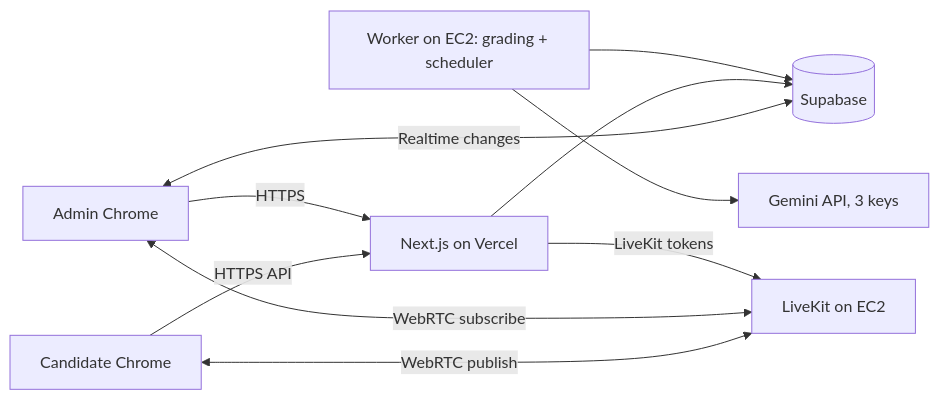
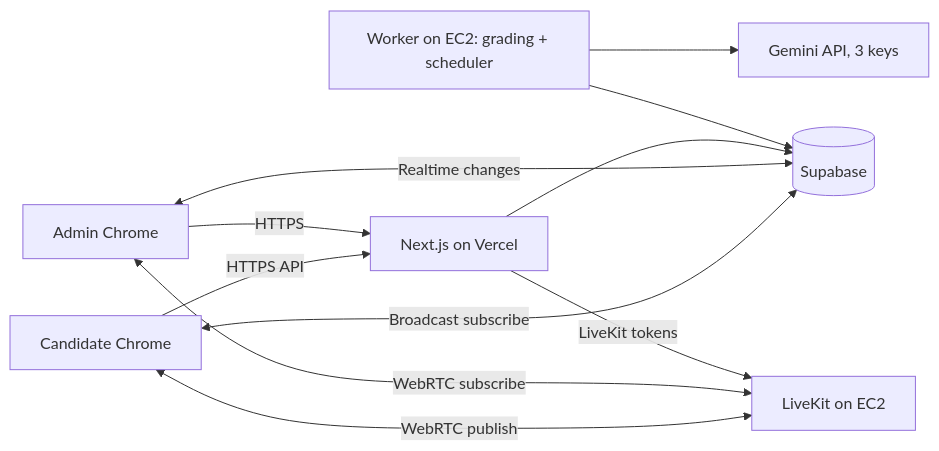
One commit to K-B-R-S-W/Cosmetics_Exam changed the diagram in exam-platform-plan.md. Above: the diagram before and after it, drawn with Mermaid. The commit also changed other lines of this file, not shown here.

````diff
--- a/exam-platform-plan.md
+++ b/exam-platform-plan.md
@@ -74,12 +102,13 @@
 ```mermaid
 flowchart LR
   C[Candidate Chrome] -->|HTTPS API| W[Next.js on Vercel]
+  C <-->|Broadcast subscribe| S[(Supabase)]
   A[Admin Chrome] -->|HTTPS| W
-  A <-->|Realtime changes| S[(Supabase)]
+  A <-->|Realtime changes| S
   W --> S
   C <-->|WebRTC publish| L[LiveKit on EC2]
   A <-->|WebRTC subscribe| L
   W -->|LiveKit tokens| L
   G[Worker on EC2: grading + scheduler] --> S
   G --> GM[Gemini API, 3 keys]
 ```
````
